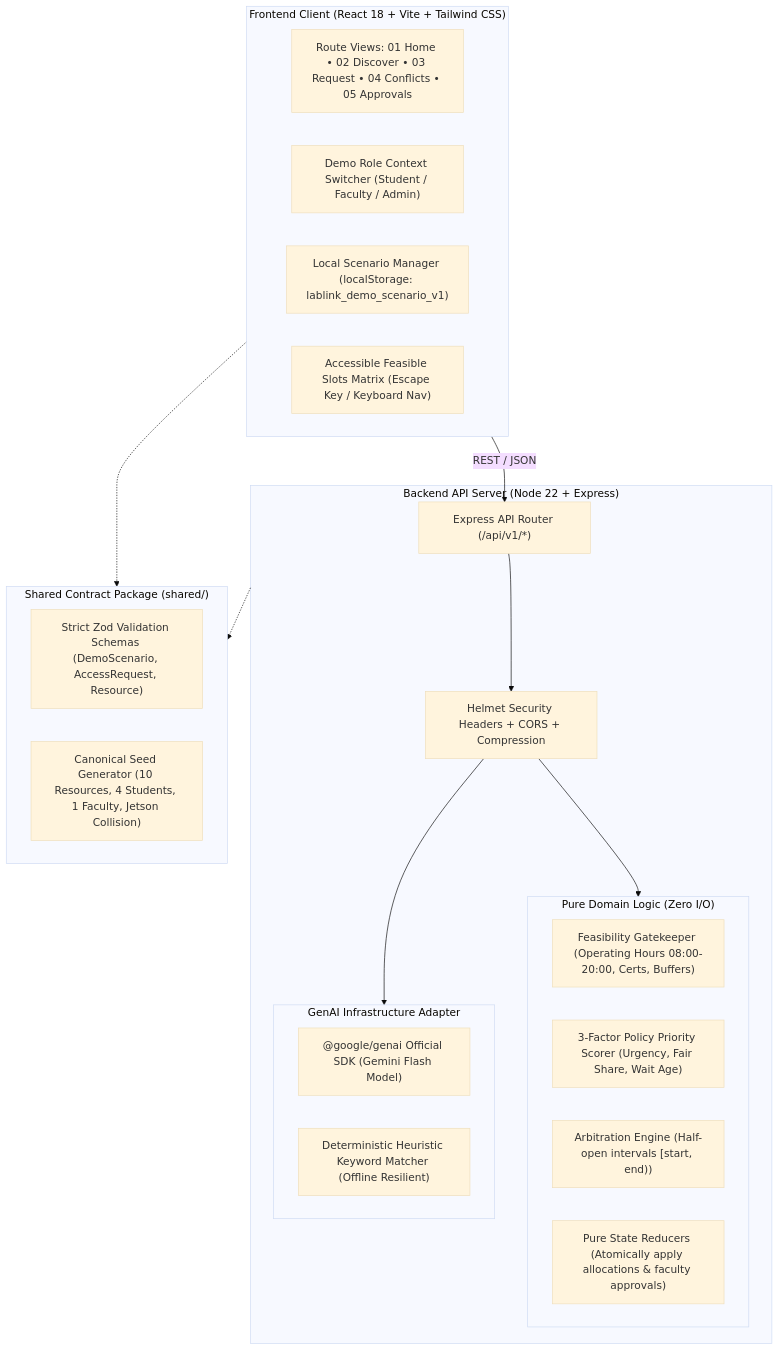
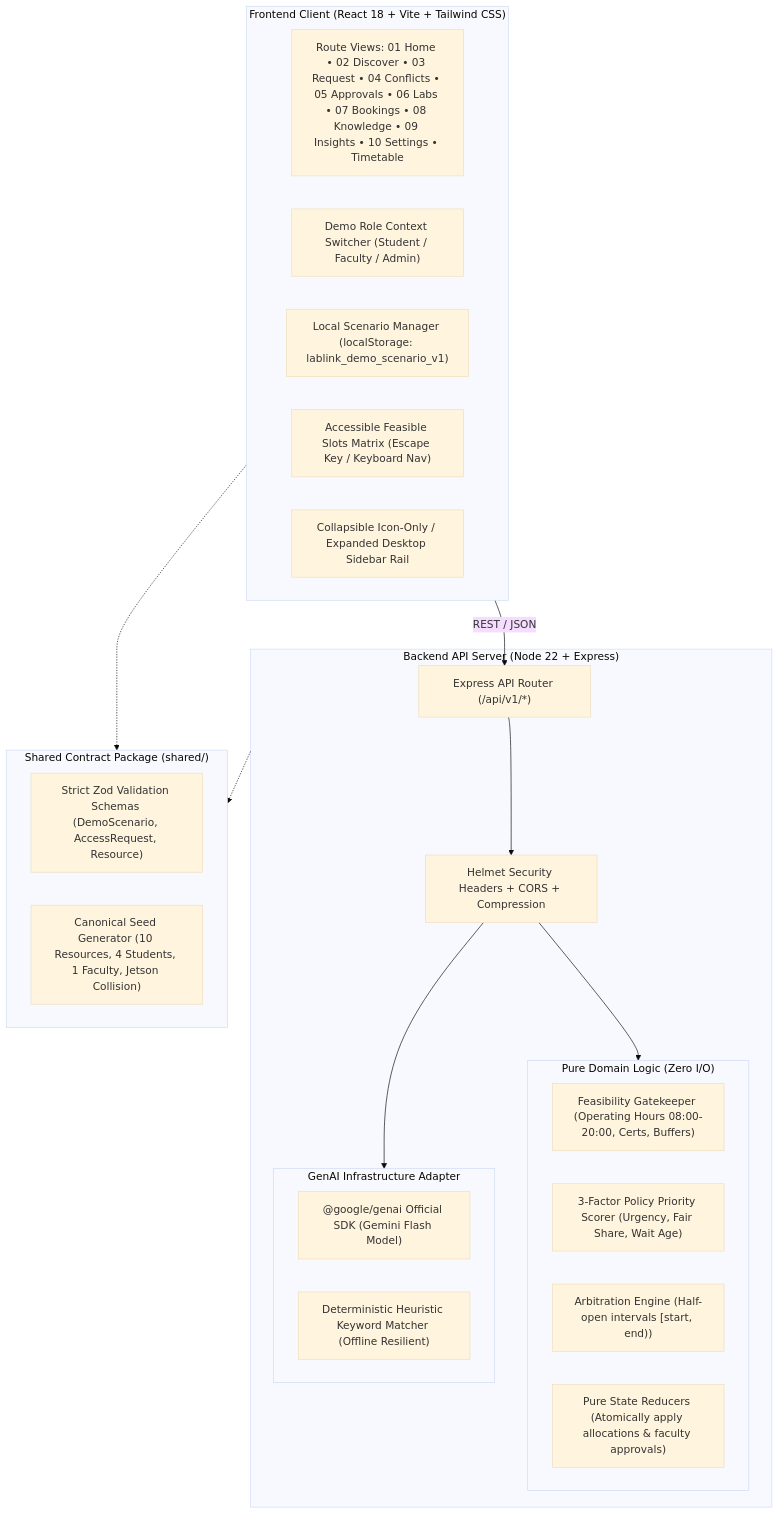
Before and after one commit to sharancode3/PROMPTWARS: the second of 2 diagrams in README.md, drawn with Mermaid (base theme). The commit also changed other lines of this file and 8 other files, not shown here.

````diff
--- a/README.md
+++ b/README.md
@@ -113,38 +113,39 @@
 ```mermaid
 flowchart TB
     subgraph ClientLayer["Frontend Client (React 18 + Vite + Tailwind CSS)"]
-        UI["Route Views: 01 Home • 02 Discover • 03 Request • 04 Conflicts • 05 Approvals"]
+        UI["Route Views: 01 Home • 02 Discover • 03 Request • 04 Conflicts • 05 Approvals • 06 Labs • 07 Bookings • 08 Knowledge • 09 Insights • 10 Settings • Timetable"]
         RoleSwitch["Demo Role Context Switcher (Student / Faculty / Admin)"]
         ScenarioCtx["Local Scenario Manager (localStorage: lablink_demo_scenario_v1)"]
         SlotModal["Accessible Feasible Slots Matrix (Escape Key / Keyboard Nav)"]
+        SidebarNav["Collapsible Icon-Only / Expanded Desktop Sidebar Rail"]
     end
 
     subgraph ServerLayer["Backend API Server (Node 22 + Express)"]
         APIRouter["Express API Router (/api/v1/*)"]
         SecurityMW["Helmet Security Headers + CORS + Compression"]
         
         subgraph DomainServices["Pure Domain Logic (Zero I/O)"]
             Feasibility["Feasibility Gatekeeper (Operating Hours 08:00-20:00, Certs, Buffers)"]
             FairnessScorer["3-Factor Policy Priority Scorer (Urgency, Fair Share, Wait Age)"]
             SchedulerEngine["Arbitration Engine (Half-open intervals [start, end))"]
             Reducers["Pure State Reducers (Atomically apply allocations & faculty approvals)"]
         end
         
         subgraph AIAdapter["GenAI Infrastructure Adapter"]
             GeminiSDK["@google/genai Official SDK (Gemini Flash Model)"]
             FallbackRules["Deterministic Heuristic Keyword Matcher (Offline Resilient)"]
         end
     end
 
     subgraph SharedLayer["Shared Contract Package (shared/)"]
         ZodSchemas["Strict Zod Validation Schemas (DemoScenario, AccessRequest, Resource)"]
         SeedGen["Canonical Seed Generator (10 Resources, 4 Students, 1 Faculty, Jetson Collision)"]
     end
 
     ClientLayer -->|REST / JSON| APIRouter
     APIRouter --> SecurityMW
     SecurityMW --> DomainServices
     SecurityMW --> AIAdapter
     ClientLayer -.-> SharedLayer
     ServerLayer -.-> SharedLayer
 ```
````
